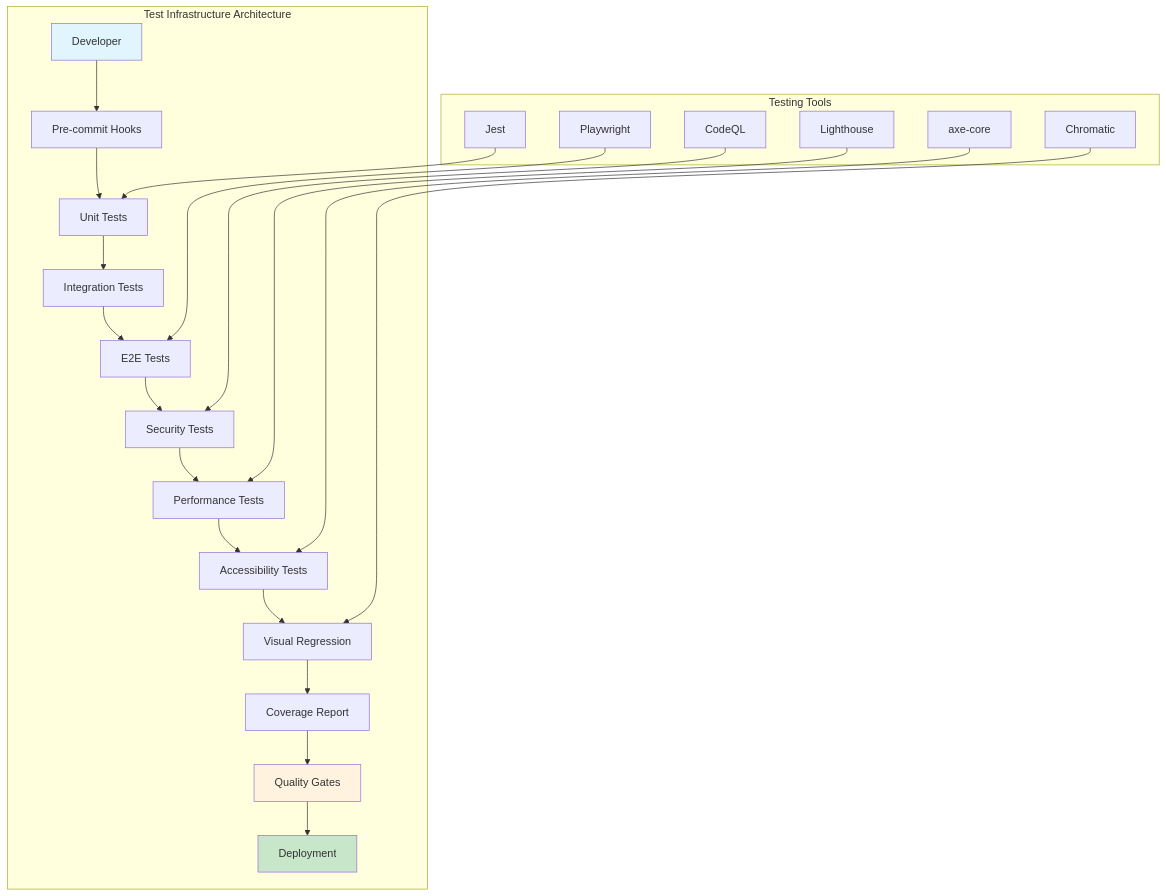
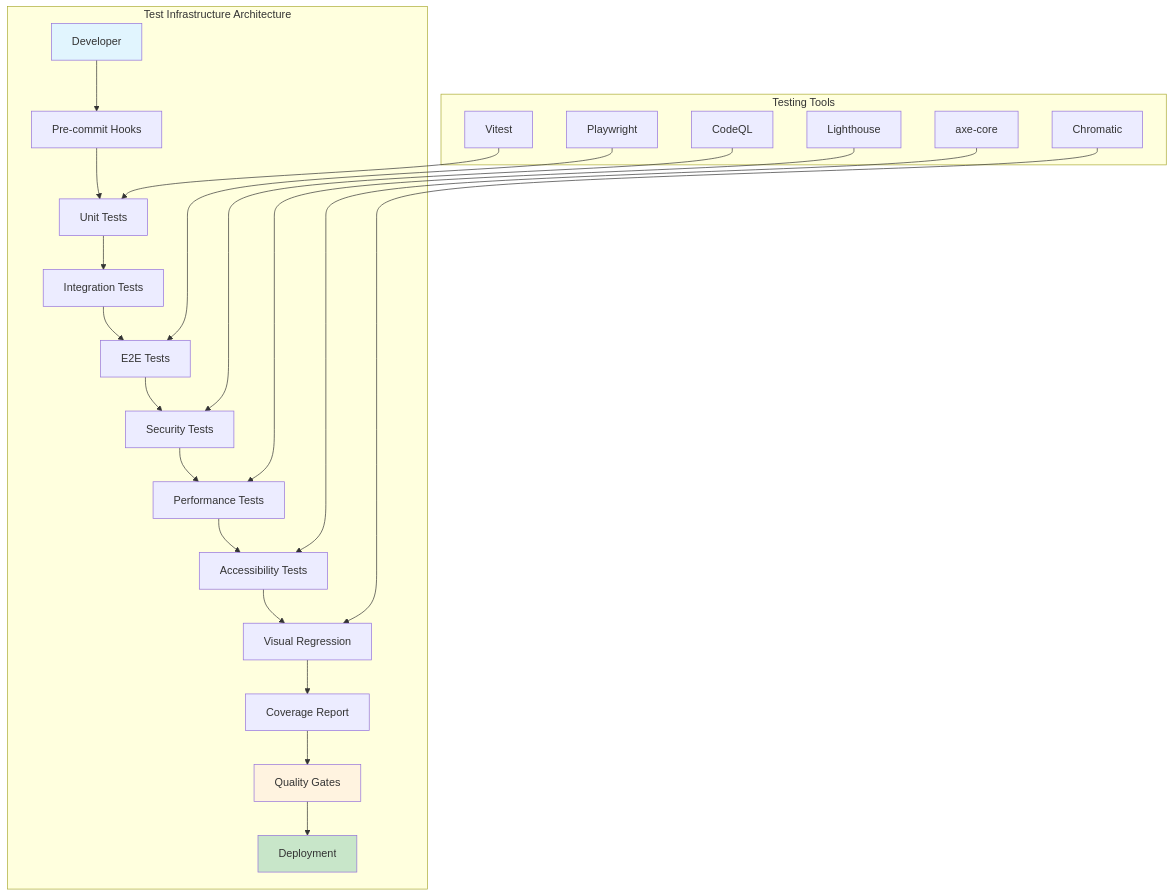
The first of 10 diagrams in docs/development/test-infrastructure.md (zone17/sovren), drawn with Mermaid before and after one commit. The commit also changed other lines of this file and 59 other files, not shown here.

First line of the commit message:
refactor: complete Jest-to-Vitest migration across configs and docs

````diff
--- a/docs/development/test-infrastructure.md
+++ b/docs/development/test-infrastructure.md
@@ -19,29 +19,29 @@
 ```mermaid
 graph TB
     subgraph "Test Infrastructure Architecture"
         A[Developer] --> B[Pre-commit Hooks]
         B --> C[Unit Tests]
         C --> D[Integration Tests]
         D --> E[E2E Tests]
         E --> F[Security Tests]
         F --> G[Performance Tests]
         G --> H[Accessibility Tests]
         H --> I[Visual Regression]
         I --> J[Coverage Report]
         J --> K[Quality Gates]
         K --> L[Deployment]
     end
 
     subgraph "Testing Tools"
-        M[Jest] --> C
+        M[Vitest] --> C
         N[Playwright] --> E
         O[Lighthouse] --> G
         P[axe-core] --> H
         Q[Chromatic] --> I
         R[CodeQL] --> F
     end
 
     style A fill:#e1f5fe
     style L fill:#c8e6c9
     style K fill:#fff3e0
 ```
````
